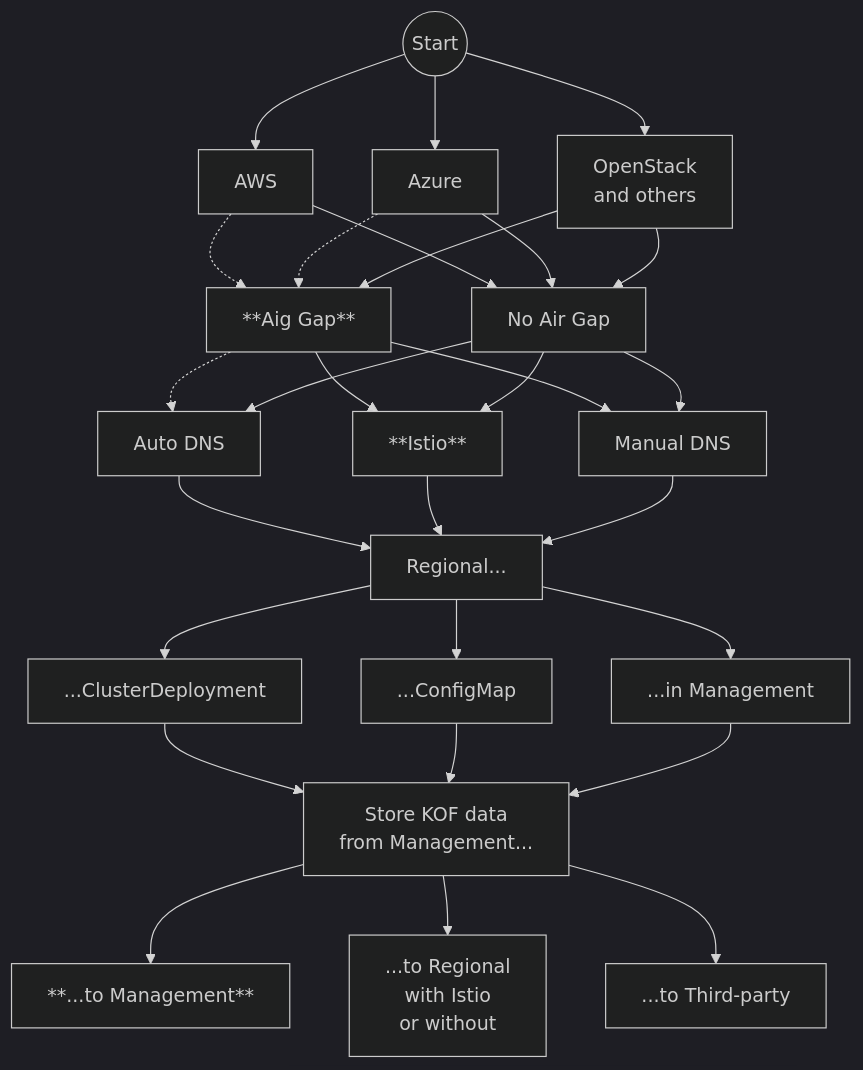
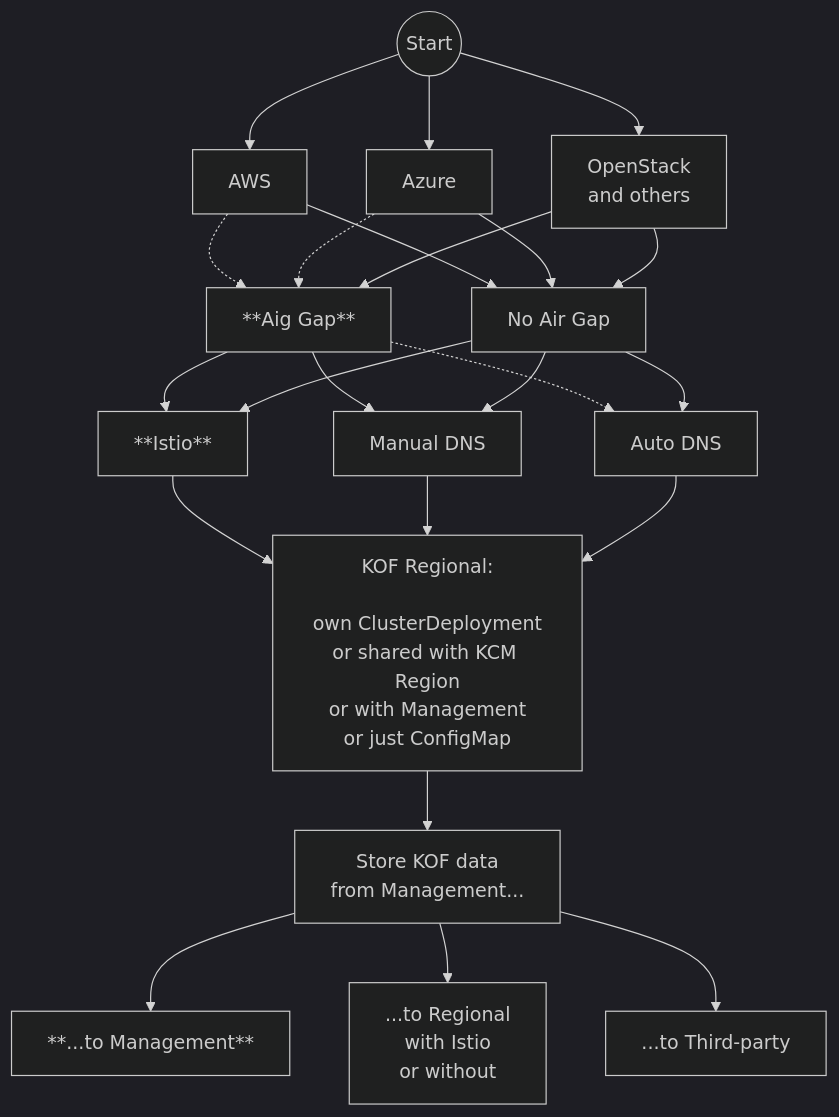
Before and after one commit to zerospiel/docs: the diagram in docs/admin/kof/kof-install.md, drawn with Mermaid (dark theme). The commit also changed other lines of this file and 2 other files, not shown here.

Commit message:
KOF 1.5.0 Verification vs KCM Region

````diff
--- a/docs/admin/kof/kof-install.md
+++ b/docs/admin/kof/kof-install.md
@@ -7,39 +7,33 @@
 ```mermaid
 flowchart TD
     S((Start))
     S --> AWS[AWS]
     S --> AZ[Azure]
     S --> OS[OpenStack<br>and others]
 
     AWS -.-> AG[**Aig Gap**]
     AZ -.-> AG
     OS --> AG
 
     AWS --> NAG[No Air Gap]
     AZ --> NAG
     OS --> NAG
 
     AG --> I[**Istio**]
     AG --> MD[Manual DNS]
     AG -.-> AD[Auto DNS]
 
     NAG --> I
     NAG --> MD
     NAG --> AD
 
-    AD --> R[Regional...]
-    I --> R
+    I --> R[KOF Regional:<br><br>own ClusterDeployment<br>or shared with KCM Region<br>or with Management<br>or just ConfigMap]
     MD --> R
+    AD --> R
 
-    R --> CD[...ClusterDeployment]
-    R --> CM[...ConfigMap]
-    R --> RIM[...in Management]
-
-    CD --> M2[Store KOF data<br>from Management...]
-    CM --> M2
-    RIM --> M2
+    R --> M2[Store KOF data<br>from Management...]
 
     M2 --> M2M[**...to Management**]
     M2 --> M2R[...to Regional<br>with Istio<br>or without]
     M2 --> M2TP[...to Third-party]
 ```
````
